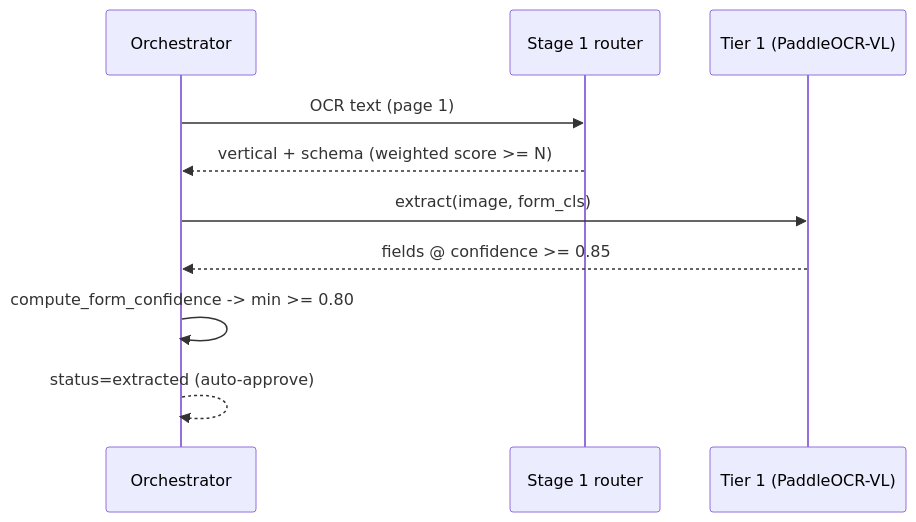
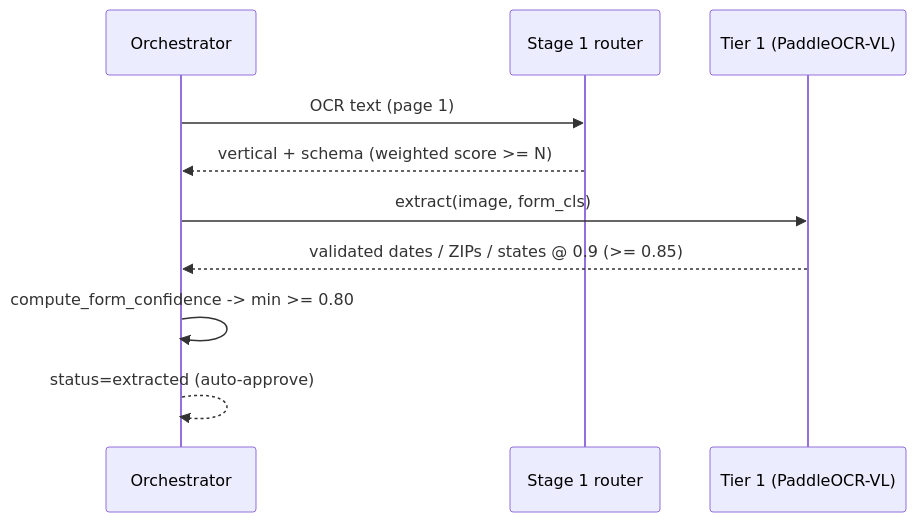
One commit to marky224/intake-form-ai-pipeline changed the first of 2 diagrams in docs/architecture-deep-dive.md. Above: the diagram before and after it, drawn with Mermaid. The commit also changed other lines of this file and 20 other files, not shown here.

````diff
--- a/docs/architecture-deep-dive.md
+++ b/docs/architecture-deep-dive.md
@@ -114,12 +114,12 @@
 ```mermaid
 sequenceDiagram
     participant O as Orchestrator
     participant R as Stage 1 router
     participant T1 as Tier 1 (PaddleOCR-VL)
     O->>R: OCR text (page 1)
     R-->>O: vertical + schema (weighted score >= N)
     O->>T1: extract(image, form_cls)
-    T1-->>O: fields @ confidence >= 0.85
+    T1-->>O: validated dates / ZIPs / states @ 0.9 (>= 0.85)
     O->>O: compute_form_confidence -> min >= 0.80
     O-->>O: status=extracted (auto-approve)
 ```
````
